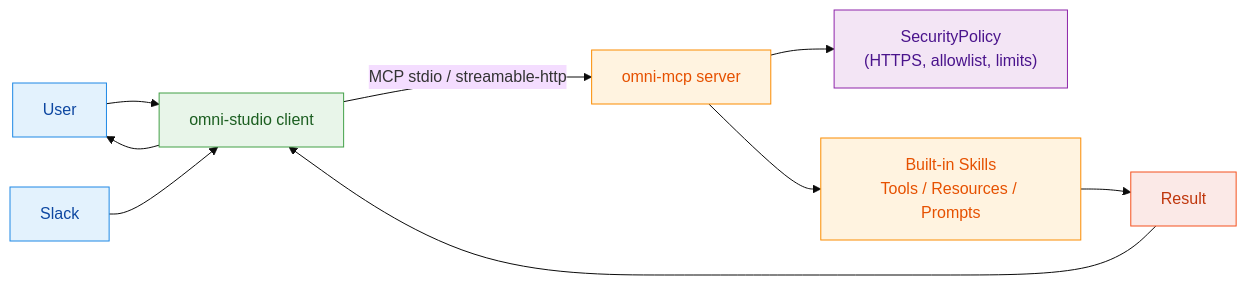
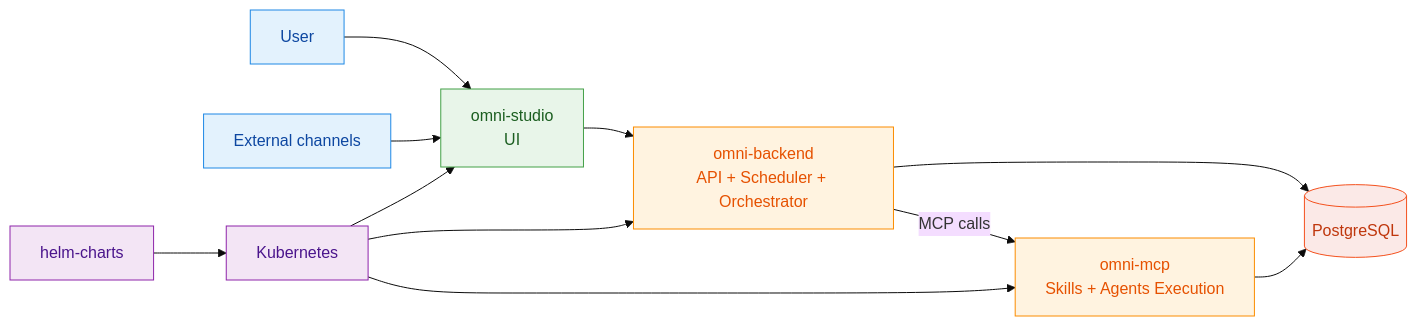
One commit to cloudsteak/omni-mcp changed the first of 3 diagrams in docs/ARCHITECTURE.md. Above: the diagram before and after it, drawn with Mermaid. The commit also changed other lines of this file and 24 other files, not shown here.

````diff
--- a/docs/ARCHITECTURE.md
+++ b/docs/ARCHITECTURE.md
@@ -21,25 +22,27 @@
 ```mermaid
 %%{init: {"theme": "base"}}%%
 flowchart LR
-    U[User] --> C["omni-studio client"]
-    S[Slack] --> C
-    C -->|MCP stdio / streamable-http| M[omni-mcp server]
+    U[User] --> ST["omni-studio<br/>UI"]
+    X[External channels] --> ST
+    ST --> BE["omni-backend<br/>API + Scheduler + Orchestrator"]
+    BE -->|MCP calls| MCP["omni-mcp<br/>Skills + Agents Execution"]
+    BE --> DB[(PostgreSQL)]
+    MCP --> DB
 
-    M --> P["SecurityPolicy<br/>(HTTPS, allowlist, limits)"]
-    M --> K["Built-in Skills<br/>Tools / Resources / Prompts"]
-    K --> R[Result]
-    R --> C
-    C --> U
+    HC["helm-charts"] --> K8S["Kubernetes"]
+    K8S --> ST
+    K8S --> BE
+    K8S --> MCP
 
     classDef actor fill:#E3F2FD,stroke:#1E88E5,color:#0D47A1,stroke-width:1px;
-    classDef client fill:#E8F5E9,stroke:#43A047,color:#1B5E20,stroke-width:1px;
-    classDef server fill:#FFF3E0,stroke:#FB8C00,color:#E65100,stroke-width:1px;
-    classDef policy fill:#F3E5F5,stroke:#8E24AA,color:#4A148C,stroke-width:1px;
-    classDef result fill:#FBE9E7,stroke:#F4511E,color:#BF360C,stroke-width:1px;
+    classDef app fill:#E8F5E9,stroke:#43A047,color:#1B5E20,stroke-width:1px;
+    classDef backend fill:#FFF3E0,stroke:#FB8C00,color:#E65100,stroke-width:1px;
+    classDef infra fill:#F3E5F5,stroke:#8E24AA,color:#4A148C,stroke-width:1px;
+    classDef data fill:#FBE9E7,stroke:#F4511E,color:#BF360C,stroke-width:1px;
 
-    class U,S actor;
-    class C client;
-    class M,K server;
-    class P policy;
-    class R result;
+    class U,X actor;
+    class ST app;
+    class BE,MCP backend;
+    class HC,K8S infra;
+    class DB data;
 ```
````
